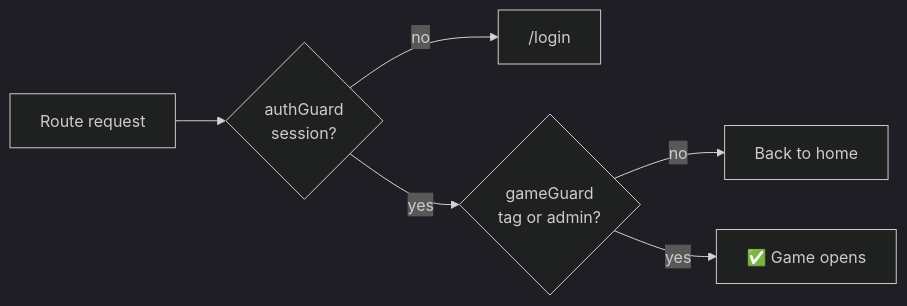
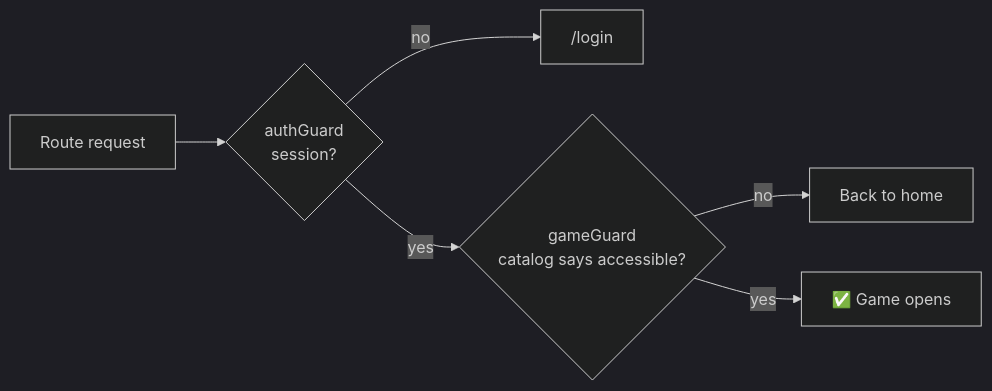
The diagram in frontend/README.md (Adrianpmdev-Personal-Webs/NTG), drawn with Mermaid (dark theme) before and after one commit. The commit also changed other lines of this file and 4 other files, not shown here.

````diff
--- a/frontend/README.md
+++ b/frontend/README.md
@@ -69,8 +75,8 @@
 ```mermaid
 flowchart LR
     R["Route request"] --> A{"authGuard<br/>session?"}
     A -->|no| L["/login"]
-    A -->|yes| G{"gameGuard<br/>tag or admin?"}
+    A -->|yes| G{"gameGuard<br/>catalog says accessible?"}
     G -->|no| H["Back to home"]
     G -->|yes| P["✅ Game opens"]
 ```
````
